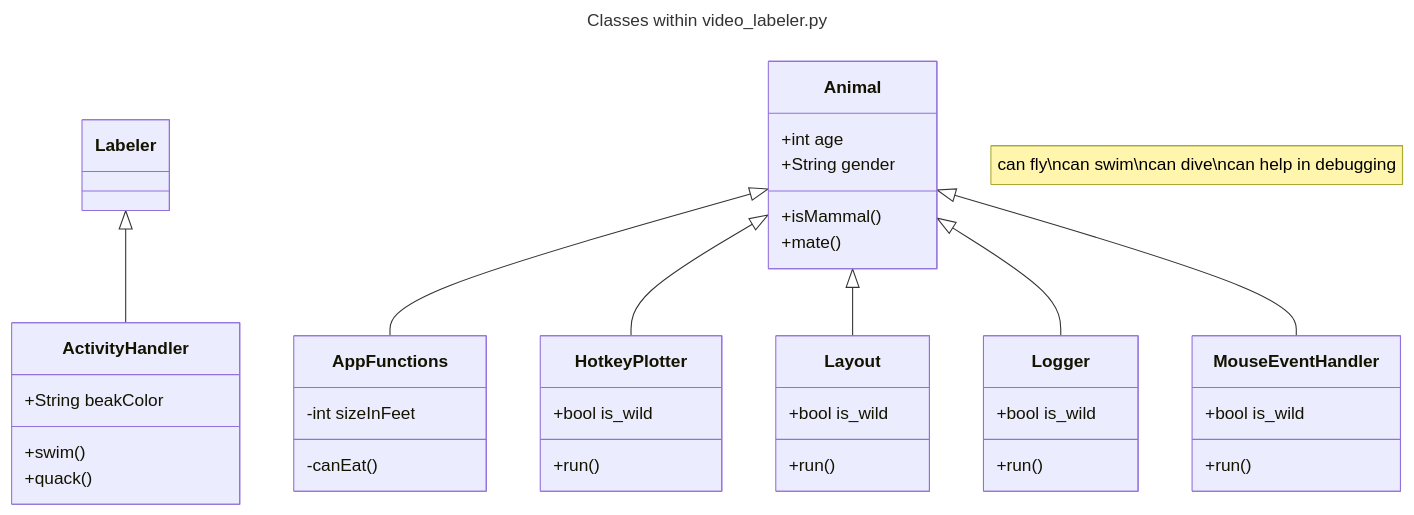
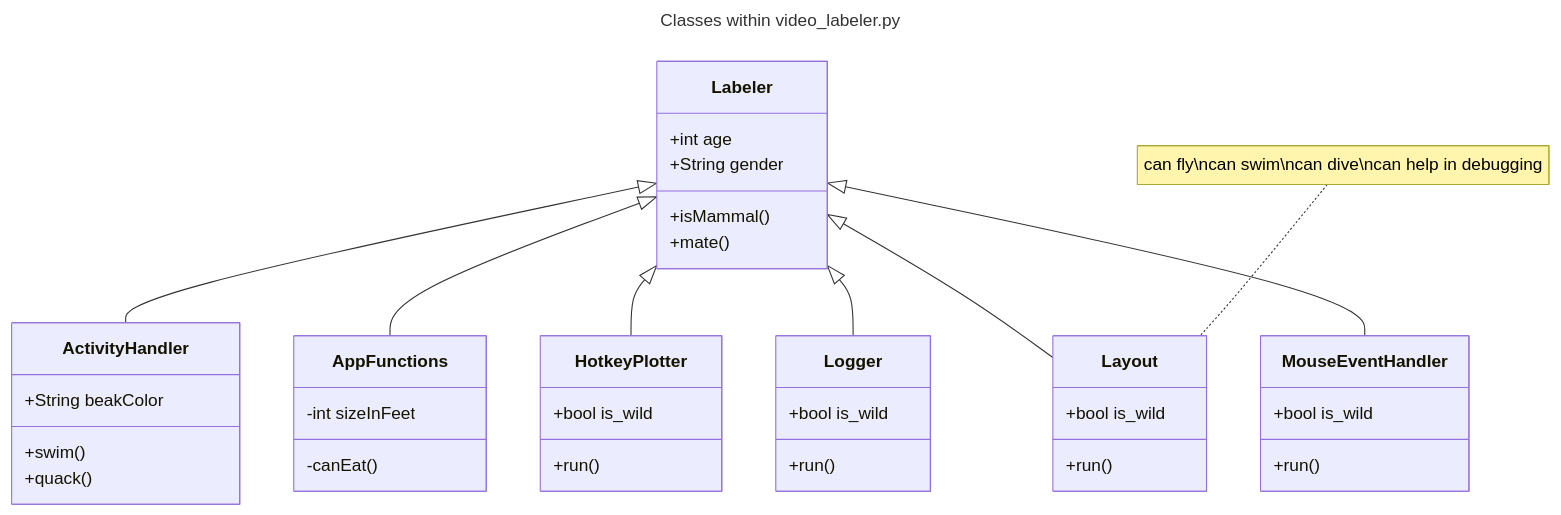
Before and after one commit to VitaliKStud/video-labeler: the diagram in README.md, drawn with Mermaid.

Commit message:
test-markdown

````diff
--- a/README.md
+++ b/README.md
@@ -50,42 +50,42 @@
 ```mermaid
 ---
 title: Classes within video_labeler.py
 ---
 classDiagram
     Labeler <|-- ActivityHandler
-    note for Duck "can fly\ncan swim\ncan dive\ncan help in debugging"
-    Animal <|-- AppFunctions
-    Animal <|-- HotkeyPlotter
-    Animal <|-- Layout
-    Animal <|-- Logger
-    Animal <|-- MouseEventHandler
-    Animal : +int age
-    Animal : +String gender
-    Animal: +isMammal()
-    Animal: +mate()
+    note for Layout "can fly\ncan swim\ncan dive\ncan help in debugging"
+    Labeler <|-- AppFunctions
+    Labeler <|-- HotkeyPlotter
+    Labeler <|-- Layout
+    Labeler <|-- Logger
+    Labeler <|-- MouseEventHandler
+    Labeler : +int age
+    Labeler : +String gender
+    Labeler: +isMammal()
+    Labeler: +mate()
     class ActivityHandler{
         +String beakColor
         +swim()
         +quack()
     }
     class AppFunctions{
         -int sizeInFeet
         -canEat()
     }
     class HotkeyPlotter{
         +bool is_wild
         +run()
     }
     class Layout{
         +bool is_wild
         +run()
     }
     class Logger{
         +bool is_wild
         +run()
     }
     class MouseEventHandler{
         +bool is_wild
         +run()
     }
 ```
````
